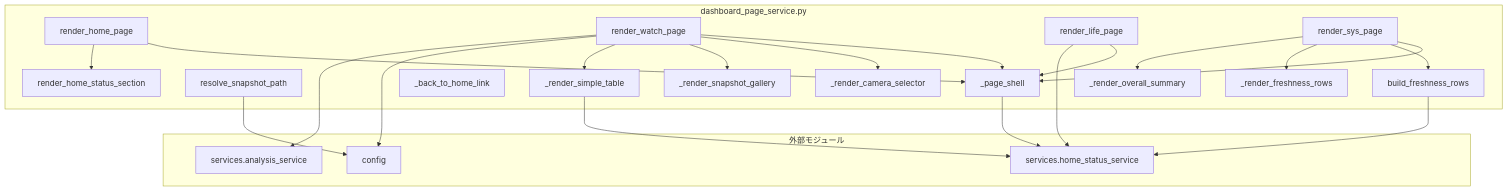
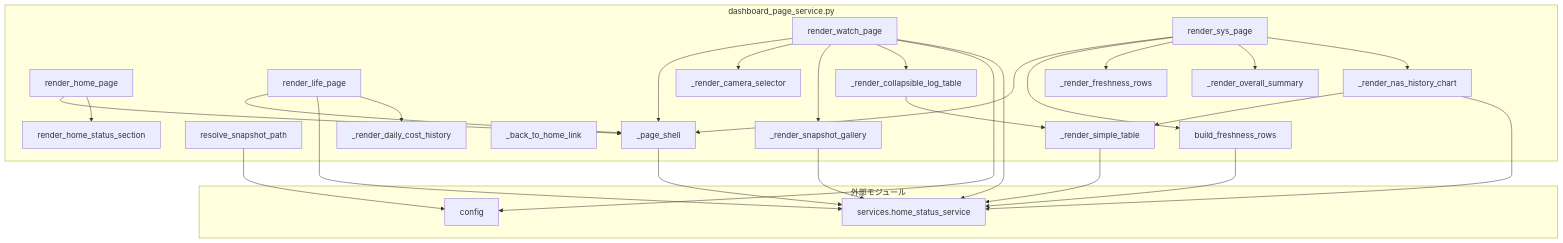
The second of 2 diagrams in docs/specifications/MY_HOME_SYSTEM/dashboard_page_service.md (mmtigers/my_python_project), drawn with Mermaid before and after one commit. The commit also changed other lines of this file and 19 other files, not shown here.

````diff
--- a/docs/specifications/MY_HOME_SYSTEM/dashboard_page_service.md
+++ b/docs/specifications/MY_HOME_SYSTEM/dashboard_page_service.md
@@ -623,44 +715,52 @@
 ```mermaid
 graph TD
     subgraph "dashboard_page_service.py"
         render_home_page
         render_watch_page
         render_life_page
         render_sys_page
         render_home_status_section
         resolve_snapshot_path
         build_freshness_rows
         _page_shell
         _back_to_home_link
         _render_camera_selector
         _render_snapshot_gallery
         _render_simple_table
+        _render_collapsible_log_table
         _render_freshness_rows
         _render_overall_summary
+        _render_daily_cost_history
+        _render_nas_history_chart
     end
 
     subgraph "外部モジュール"
         config
-        analysis_service["services.analysis_service"]
         home_status_service["services.home_status_service"]
     end
 
     render_home_page --> _page_shell
     render_home_page --> render_home_status_section
     render_watch_page --> _page_shell
     render_watch_page --> _render_camera_selector
     render_watch_page --> _render_snapshot_gallery
-    render_watch_page --> _render_simple_table
+    render_watch_page --> _render_collapsible_log_table
     render_watch_page --> config
-    render_watch_page --> analysis_service
+    render_watch_page --> home_status_service
+    _render_collapsible_log_table --> _render_simple_table
+    _render_snapshot_gallery --> home_status_service
     render_life_page --> _page_shell
     render_life_page --> home_status_service
+    render_life_page --> _render_daily_cost_history
     render_sys_page --> _page_shell
     render_sys_page --> build_freshness_rows
     render_sys_page --> _render_freshness_rows
     render_sys_page --> _render_overall_summary
+    render_sys_page --> _render_nas_history_chart
+    _render_nas_history_chart --> _render_simple_table
+    _render_nas_history_chart --> home_status_service
     build_freshness_rows --> home_status_service
     resolve_snapshot_path --> config
     _render_simple_table --> home_status_service
     _page_shell --> home_status_service
 ```
````
